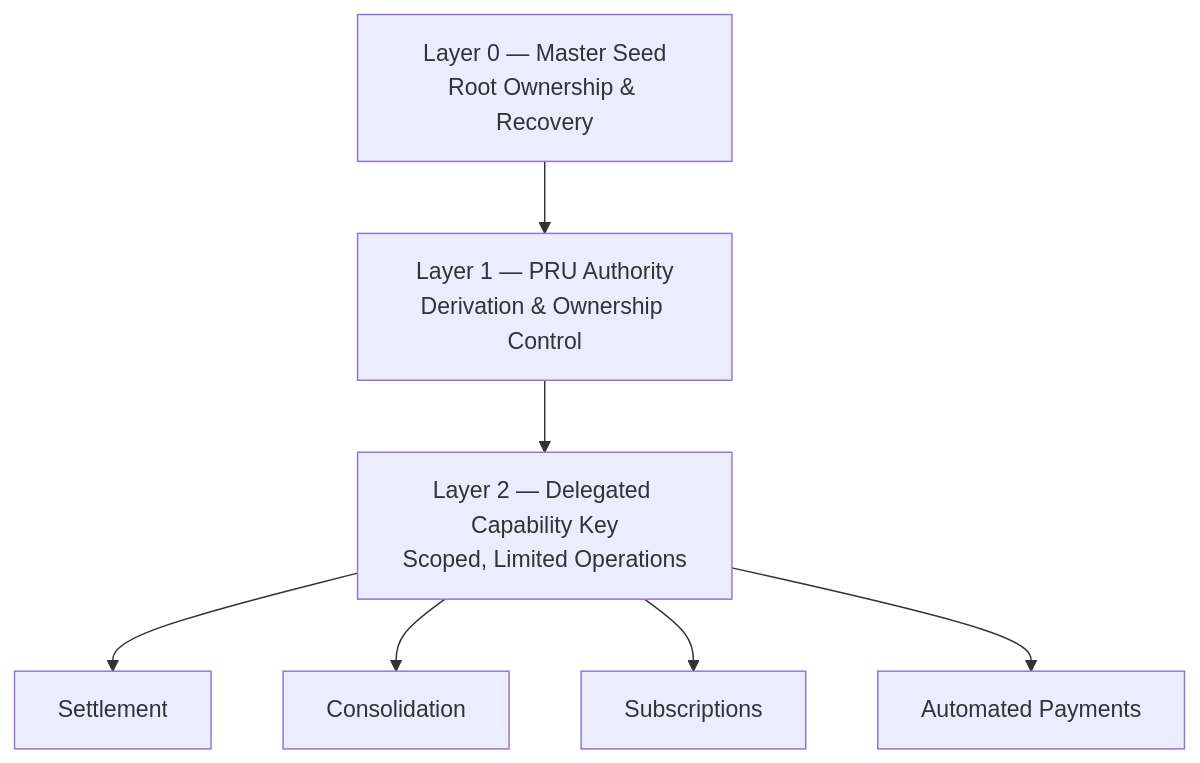
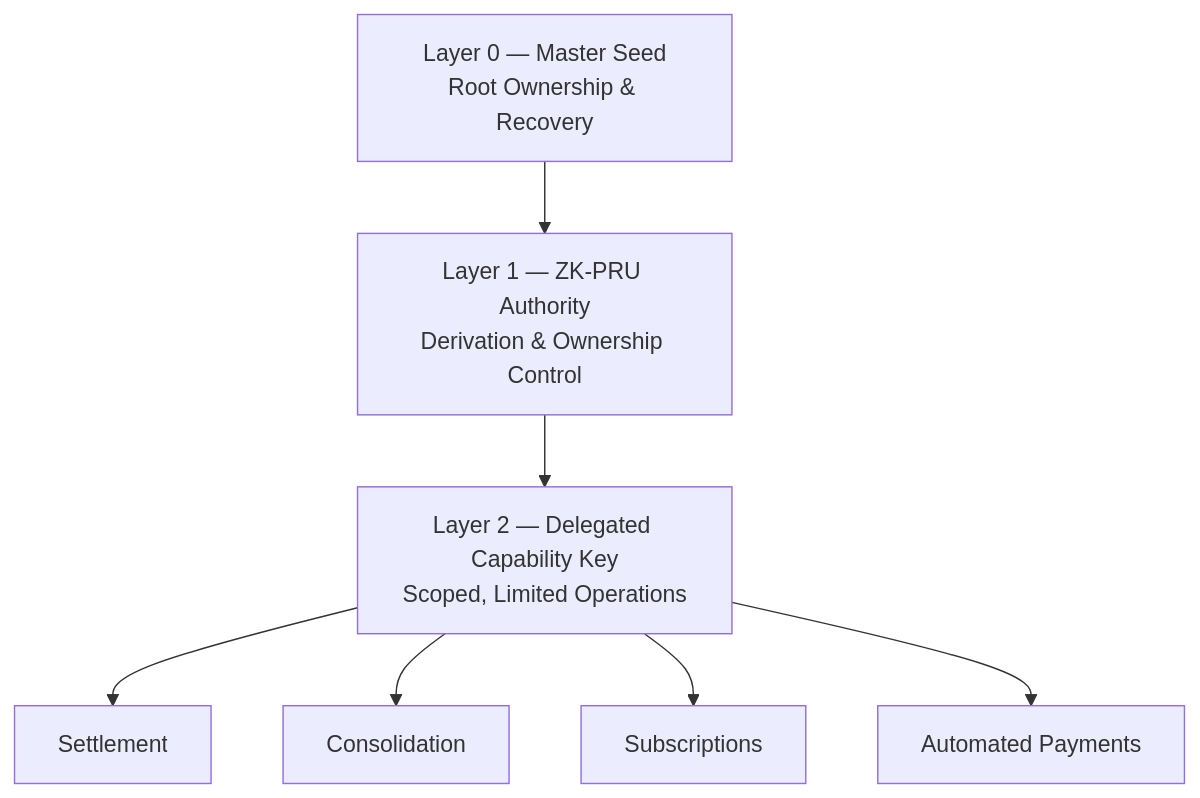
One commit to Trustlink-Labs/TSN-Protocol changed the third of 8 diagrams in README.md. Above: the diagram before and after it, drawn with Mermaid. The commit also changed other lines of this file, not shown here.

````diff
--- a/README.md
+++ b/README.md
@@ -118,9 +118,9 @@
 ```mermaid
 flowchart TD
-    L0[Layer 0 — Master Seed<br/>Root Ownership & Recovery] --> L1[Layer 1 — PRU Authority<br/>Derivation & Ownership Control]
+    L0[Layer 0 — Master Seed<br/>Root Ownership & Recovery] --> L1[Layer 1 — ZK-PRU Authority<br/>Derivation & Ownership Control]
     L1 --> L2[Layer 2 — Delegated Capability Key<br/>Scoped, Limited Operations]
     L2 --> A[Settlement]
     L2 --> B[Consolidation]
     L2 --> C[Subscriptions]
     L2 --> D[Automated Payments]
 ```
````
